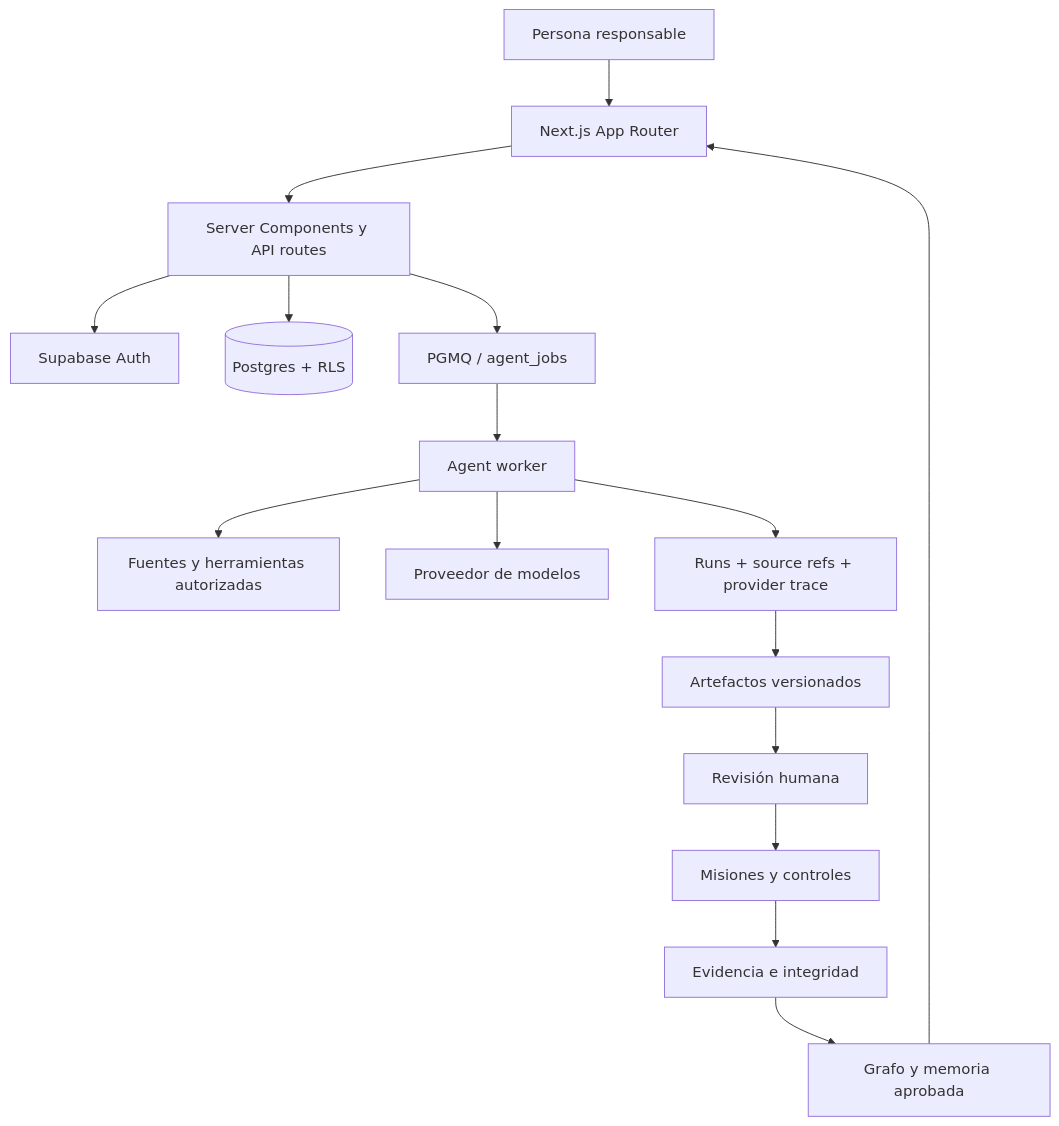
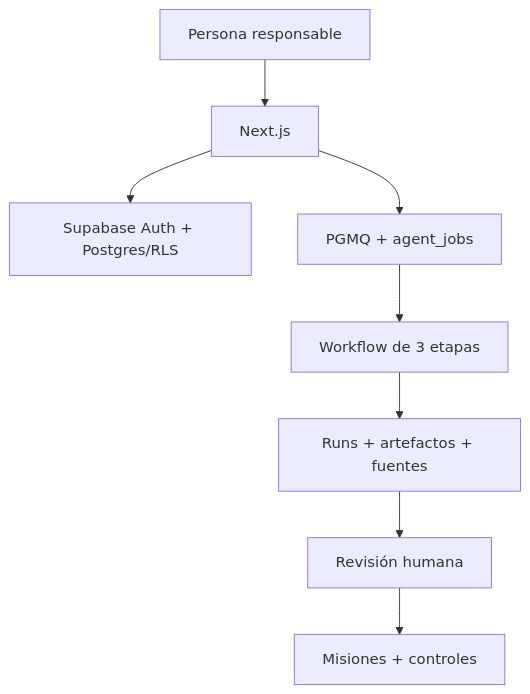
Before and after one commit to traviscomber/kumplio: the diagram in README.md, drawn with Mermaid. The commit also changed other lines of this file, not shown here.

````diff
--- a/README.md
+++ b/README.md
@@ -340,18 +113,10 @@
-```mermaid
+~~~mermaid
 flowchart TB
-  Human[Persona responsable] --> UI[Next.js App Router]
-  UI --> Server[Server Components y API routes]
-  Server --> Auth[Supabase Auth]
-  Server --> DB[(Postgres + RLS)]
-  Server --> Queue[PGMQ / agent_jobs]
-  Queue --> Worker[Agent worker]
-  Worker --> Sources[Fuentes y herramientas autorizadas]
-  Worker --> Provider[Proveedor de modelos]
-  Worker --> Runs[Runs + source refs + provider trace]
-  Runs --> Artifacts[Artefactos versionados]
-  Artifacts --> Review[Revisión humana]
-  Review --> Work[Misiones y controles]
-  Work --> Evidence[Evidencia e integridad]
-  Evidence --> Memory[Grafo y memoria aprobada]
-  Memory --> UI
-```
+  Human["Persona responsable"] --> App["Next.js"]
+  App --> Data["Supabase Auth + Postgres/RLS"]
+  App --> Queue["PGMQ + agent_jobs"]
+  Queue --> Agents["Workflow de 3 etapas"]
+  Agents --> Evidence["Runs + artefactos + fuentes"]
+  Evidence --> Review["Revisión humana"]
+  Review --> Work["Misiones + controles"]
+~~~
````
